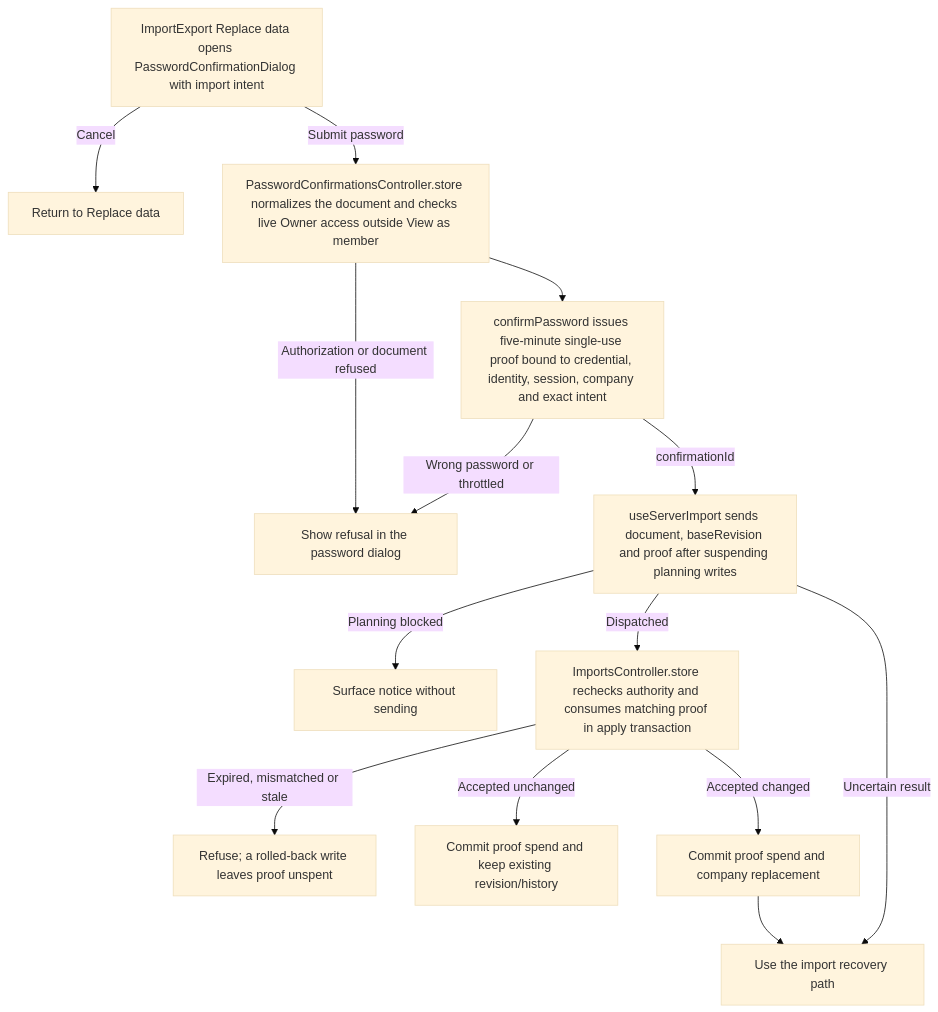
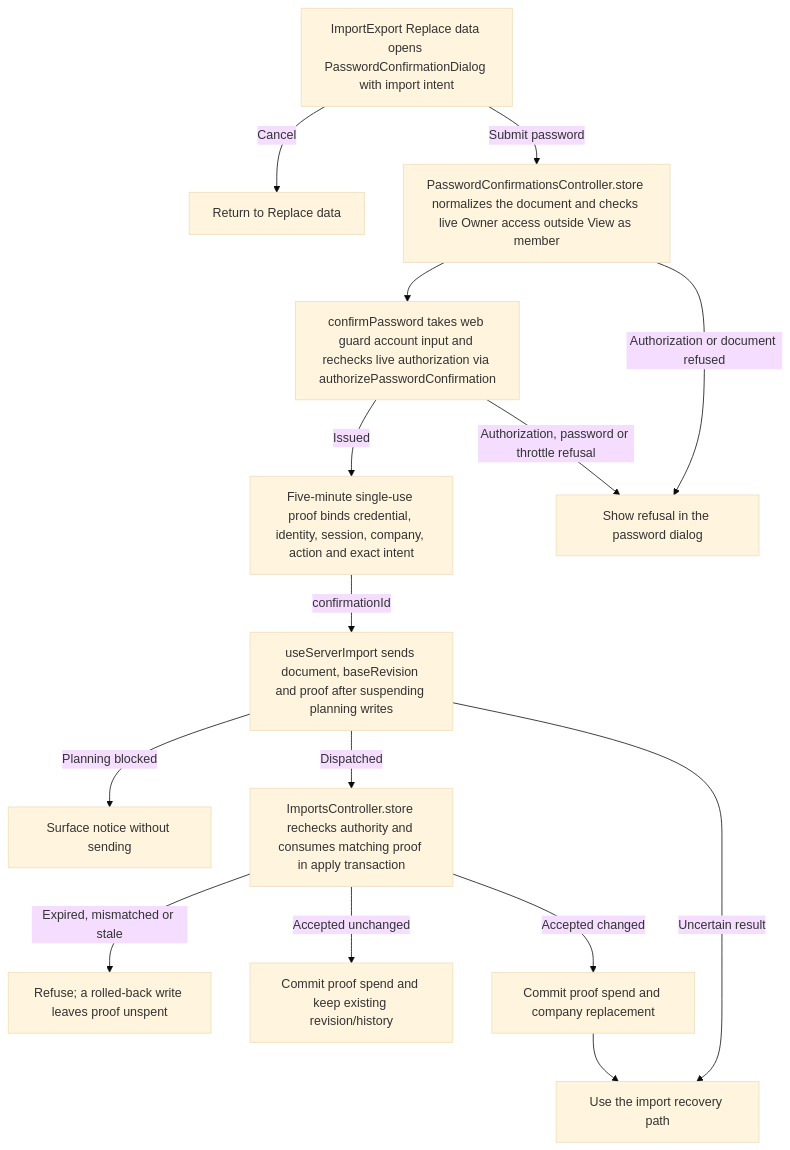
One commit to Kevinjohn/capacitylens changed the second of 2 diagrams in user-stories/data/US-DAT-08-preview-exact-import.md. Above: the diagram before and after it, drawn with Mermaid (base theme). The commit also changed other lines of this file and 26 other files, not shown here.

Commit message:
Refresh the account and planning user stories

````diff
--- a/user-stories/data/US-DAT-08-preview-exact-import.md
+++ b/user-stories/data/US-DAT-08-preview-exact-import.md
@@ -26,16 +26,17 @@
 ```mermaid
 flowchart TD
   review["ImportExport Replace data opens PasswordConfirmationDialog with import intent"] -->|Cancel| back["Return to Replace data"]
   review -->|Submit password| issue["PasswordConfirmationsController.store normalizes the document and checks live Owner access outside View as member"]
-  issue --> kit["confirmPassword issues five-minute single-use proof bound to credential, identity, session, company and exact intent"]
-  kit -->|Wrong password or throttled| refusal["Show refusal in the password dialog"]
+  issue --> kit["confirmPassword takes web guard account input and rechecks live authorization via authorizePasswordConfirmation"]
+  kit -->|Issued| issued["Five-minute single-use proof binds credential, identity, session, company, action and exact intent"]
+  kit -->|Authorization, password or throttle refusal| refusal["Show refusal in the password dialog"]
   issue -->|Authorization or document refused| refusal
-  kit -->|confirmationId| send["useServerImport sends document, baseRevision and proof after suspending planning writes"]
+  issued -->|confirmationId| send["useServerImport sends document, baseRevision and proof after suspending planning writes"]
   send -->|Planning blocked| blocked["Surface notice without sending"]
   send -->|Dispatched| tx["ImportsController.store rechecks authority and consumes matching proof in apply transaction"]
   tx -->|Expired, mismatched or stale| reject["Refuse; a rolled-back write leaves proof unspent"]
   tx -->|Accepted unchanged| same["Commit proof spend and keep existing revision/history"]
   tx -->|Accepted changed| changed["Commit proof spend and company replacement"]
   send -->|Uncertain result| boundary["Use the import recovery path"]
   changed --> boundary
 ```
````
